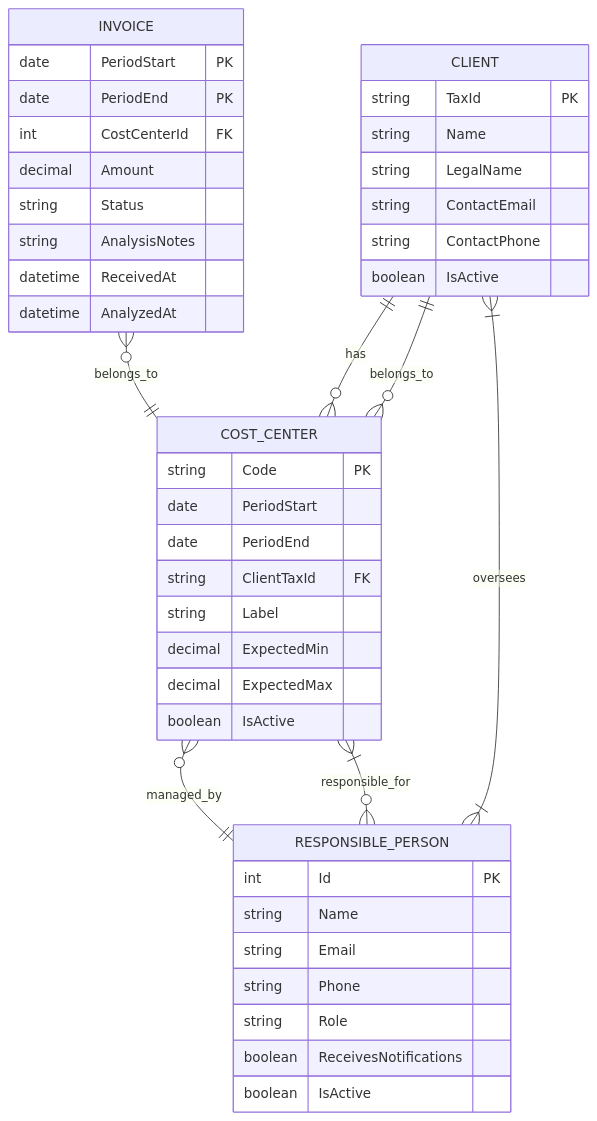
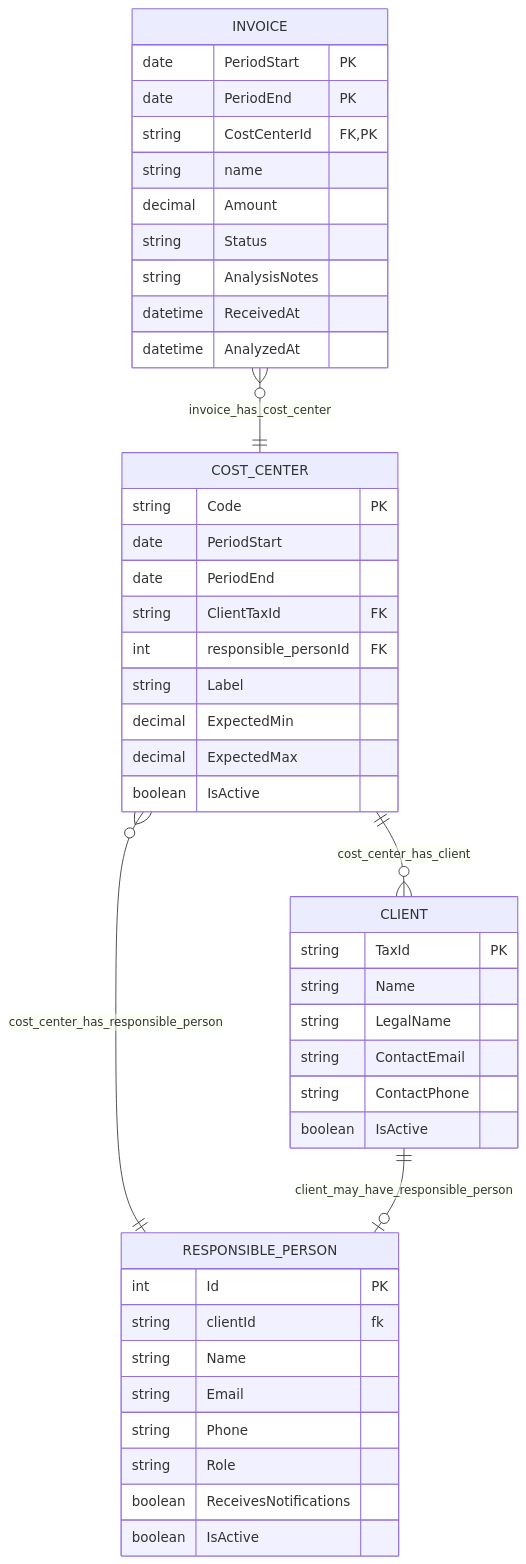
One commit to jr-jesse123/GestaoFaturas changed the diagram in .agent-os/product/data-model.md. Above: the diagram before and after it, drawn with Mermaid. The commit also changed other lines of this file and 24 other files, not shown here.

First line of the commit message:
Add CostCenterResponsible model and update ApplicationDbContext model snapshot

````diff
--- a/.agent-os/product/data-model.md
+++ b/.agent-os/product/data-model.md
@@ -37,55 +37,56 @@
 ```mermaid
 erDiagram
-    CLIENT ||--o{ COST_CENTER : has
+    COST_CENTER ||--o{  CLIENT : cost_center_has_client
 
-    COST_CENTER }o--|| CLIENT : belongs_to
+    COST_CENTER }o--|| RESPONSIBLE_PERSON   : cost_center_has_responsible_person
 
-    COST_CENTER }o--|| RESPONSIBLE_PERSON : managed_by
+   INVOICE }o--||  COST_CENTER : invoice_has_cost_center
 
-    RESPONSIBLE_PERSON }|--|{ CLIENT : oversees
+   CLIENT ||--|o RESPONSIBLE_PERSON  : client_may_have_responsible_person
 
-    RESPONSIBLE_PERSON }o--|{ COST_CENTER : responsible_for
-    
-    INVOICE }o--|| COST_CENTER : belongs_to
-    
     CLIENT {
         string TaxId PK
         string Name
         string LegalName
         string ContactEmail
         string ContactPhone
         boolean IsActive
     }
-    
+
     COST_CENTER {
         string Code PK
         date PeriodStart
         date PeriodEnd
         string ClientTaxId FK
+        int responsible_personId FK
         string Label
         decimal ExpectedMin
         decimal ExpectedMax
         boolean IsActive
     }
-    
+
     RESPONSIBLE_PERSON {
         int Id PK
+        string clientId fk
         string Name
         string Email
         string Phone
         string Role
         boolean ReceivesNotifications
         boolean IsActive
     }
-    
+
     INVOICE {
         date PeriodStart PK
         date PeriodEnd PK
-        int CostCenterId FK
+        string CostCenterId FK, PK
+        string name
         decimal Amount
         string Status
         string AnalysisNotes
         datetime ReceivedAt
         datetime AnalyzedAt
     }
+
+
 ```
````
